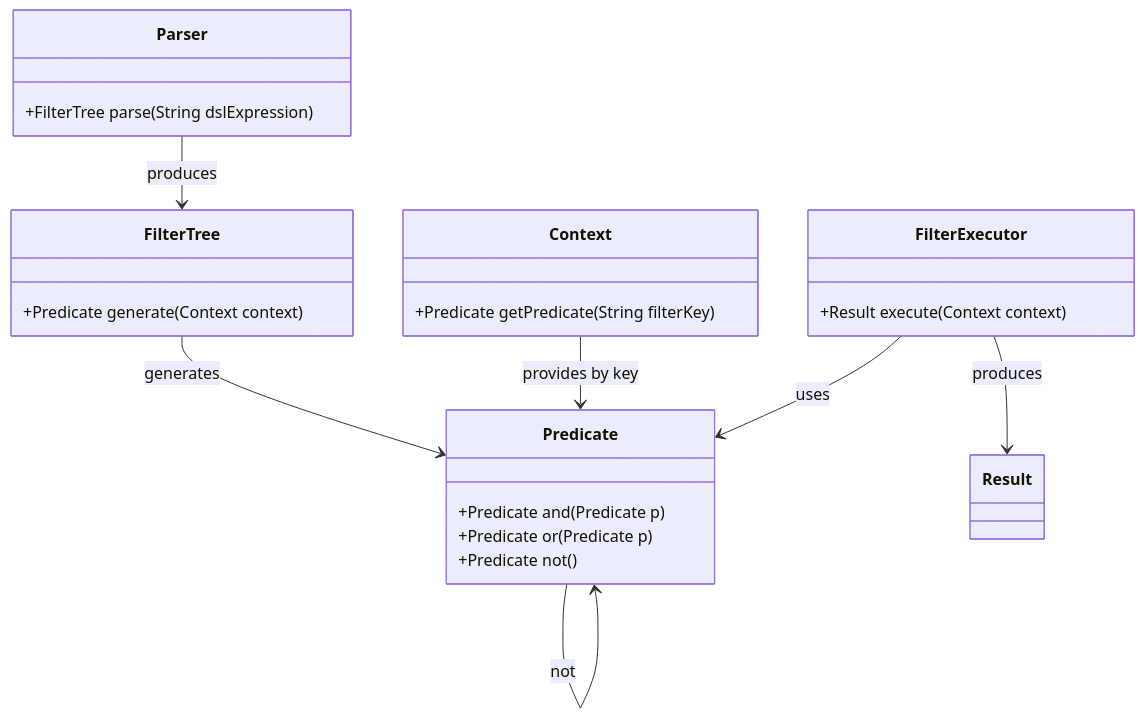
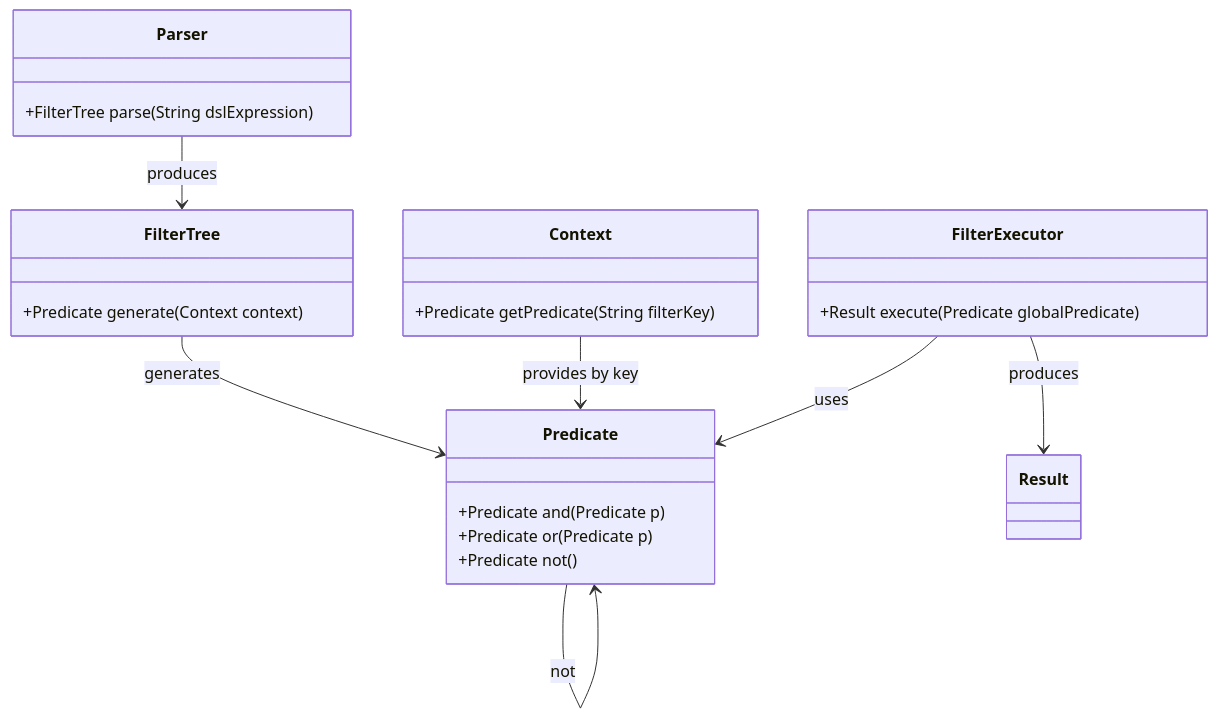
One commit to cyfko/filter-build changed the diagram in docs/ARCHITECTURE.md. Above: the diagram before and after it, drawn with Mermaid.

````diff
--- a/docs/ARCHITECTURE.md
+++ b/docs/ARCHITECTURE.md
@@ -51,33 +51,33 @@
 ```mermaid
 classDiagram
     class Parser {
       +FilterTree parse(String dslExpression)
     }
 
     class FilterTree {
       +Predicate generate(Context context)
     }
 
     class Context {
       +Predicate getPredicate(String filterKey)
     }
 
     class Predicate {
       +Predicate and(Predicate p)
       +Predicate or(Predicate p)
       +Predicate not()
     }
 
     class FilterExecutor {
-      +Result execute(Context context)
+      +Result execute(Predicate globalPredicate)
     }
 
     Parser --> FilterTree : produces
     FilterTree --> Predicate : generates
     Context --> Predicate : provides by key
     Predicate --> Predicate : and
     Predicate --> Predicate : or
     Predicate --> Predicate : not
     FilterExecutor --> Result : produces
     FilterExecutor --> Predicate : uses
 ```
````
